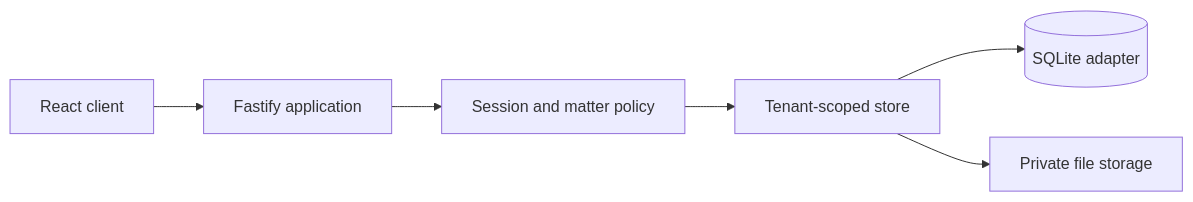
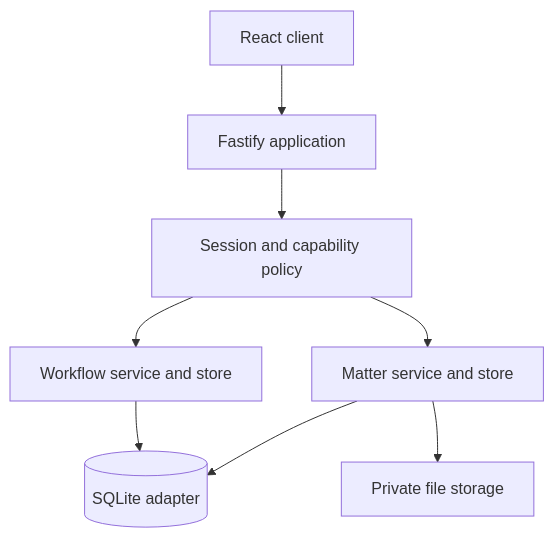
The diagram in README.md (Ments123/SwiftClaim), drawn with Mermaid before and after one commit. The commit also changed other lines of this file and 35 other files, not shown here.

First line of the commit message:
feat: add claimant housing Matter 360 workflow

````diff
--- a/README.md
+++ b/README.md
@@ -71,8 +92,10 @@
 ```mermaid
-flowchart LR
+flowchart TD
   Browser[React client] --> API[Fastify application]
-  API --> Policy[Session and matter policy]
-  Policy --> Store[Tenant-scoped store]
-  Store --> DB[(SQLite adapter)]
-  Store --> Files[Private file storage]
+  API --> Policy[Session and capability policy]
+  Policy --> Matter["Matter service and store"]
+  Policy --> Workflow["Workflow service and store"]
+  Matter --> DB[(SQLite adapter)]
+  Workflow --> DB
+  Matter --> Files[Private file storage]
 ```
````
